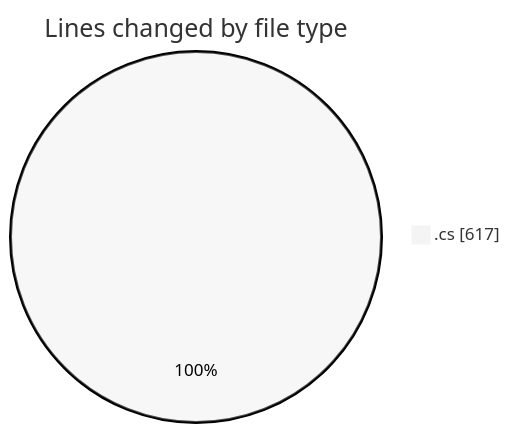
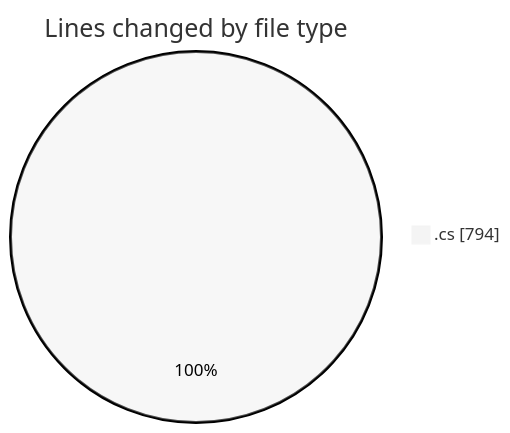
One commit to Netris89/code-tracking changed the first of 2 diagrams in 2025-03-22/back-end/README.md. Above: the diagram before and after it, drawn with Mermaid (neutral theme). The commit also changed other lines of this file and 1 other file, not shown here.

````diff
--- a/2025-03-22/back-end/README.md
+++ b/2025-03-22/back-end/README.md
@@ -24,5 +25,5 @@
 ```mermaid
 pie showData
 title Lines changed by file type
-".cs" : 617
+".cs" : 794
 ```
````
